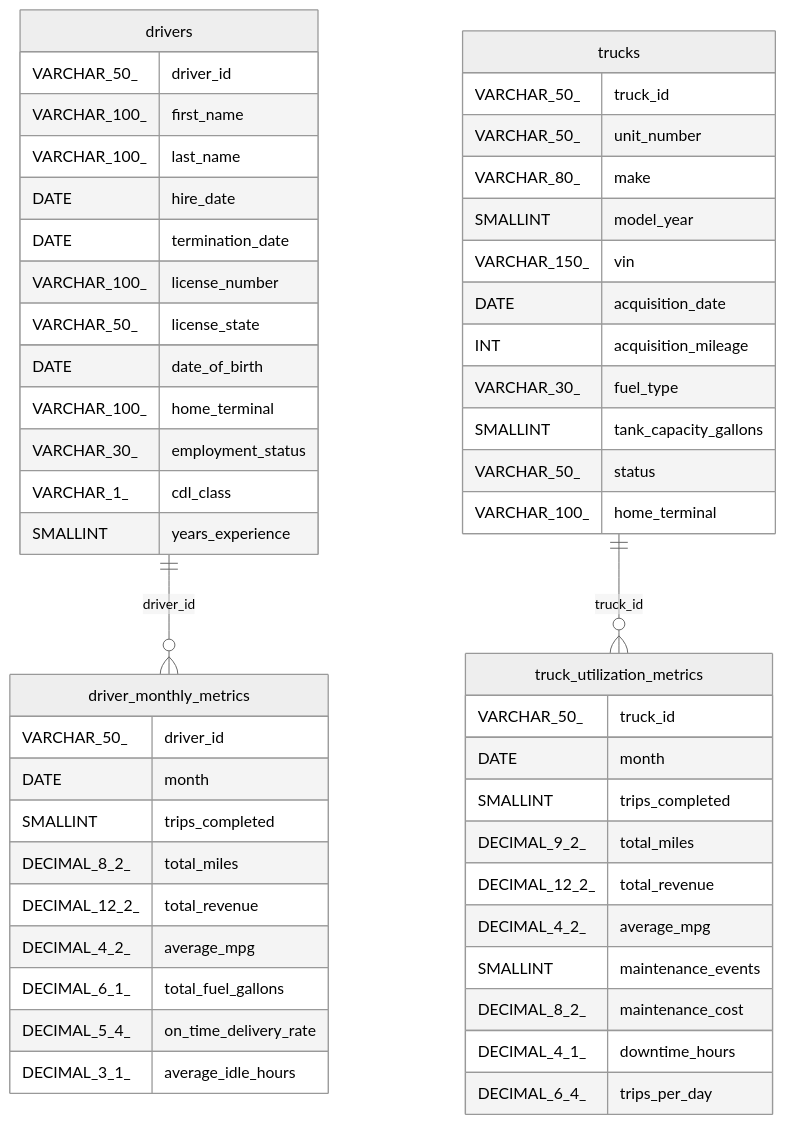
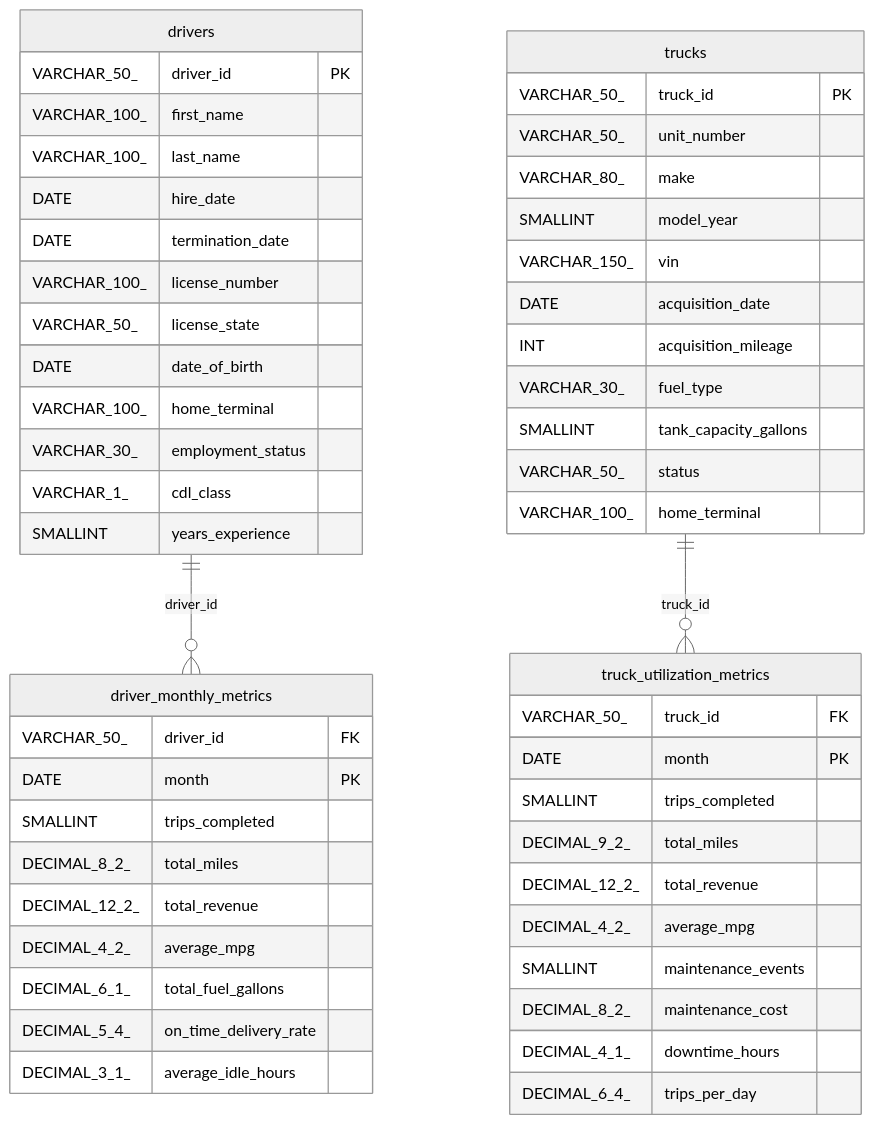
One commit to hamzaa-rehman/logistics-analytics-data-warehouse changed the diagram in docs/diagrams/silver_erd_monthly_metrics.md. Above: the diagram before and after it, drawn with Mermaid (neutral theme). The commit also changed other lines of this file, not shown here.

Commit message:
docs: correct Silver ERD key annotations

````diff
--- a/docs/diagrams/silver_erd_monthly_metrics.md
+++ b/docs/diagrams/silver_erd_monthly_metrics.md
@@ -9,55 +9,55 @@
 ```mermaid
 erDiagram
     drivers {
-        VARCHAR_50_ driver_id
+        VARCHAR_50_ driver_id PK
         VARCHAR_100_ first_name
         VARCHAR_100_ last_name
         DATE hire_date
         DATE termination_date
         VARCHAR_100_ license_number
         VARCHAR_50_ license_state
         DATE date_of_birth
         VARCHAR_100_ home_terminal
         VARCHAR_30_ employment_status
         VARCHAR_1_ cdl_class
         SMALLINT years_experience
     }
     driver_monthly_metrics {
-        VARCHAR_50_ driver_id
-        DATE month
+        VARCHAR_50_ driver_id FK
+        DATE month PK
         SMALLINT trips_completed
         DECIMAL_8_2_ total_miles
         DECIMAL_12_2_ total_revenue
         DECIMAL_4_2_ average_mpg
         DECIMAL_6_1_ total_fuel_gallons
         DECIMAL_5_4_ on_time_delivery_rate
         DECIMAL_3_1_ average_idle_hours
     }
     trucks {
-        VARCHAR_50_ truck_id
+        VARCHAR_50_ truck_id PK
         VARCHAR_50_ unit_number
         VARCHAR_80_ make
         SMALLINT model_year
         VARCHAR_150_ vin
         DATE acquisition_date
         INT acquisition_mileage
         VARCHAR_30_ fuel_type
         SMALLINT tank_capacity_gallons
         VARCHAR_50_ status
         VARCHAR_100_ home_terminal
     }
     truck_utilization_metrics {
-        VARCHAR_50_ truck_id
-        DATE month
+        VARCHAR_50_ truck_id FK
+        DATE month PK
         SMALLINT trips_completed
         DECIMAL_9_2_ total_miles
         DECIMAL_12_2_ total_revenue
         DECIMAL_4_2_ average_mpg
         SMALLINT maintenance_events
         DECIMAL_8_2_ maintenance_cost
         DECIMAL_4_1_ downtime_hours
         DECIMAL_6_4_ trips_per_day
     }
     drivers ||--o{ driver_monthly_metrics : "driver_id"
     trucks ||--o{ truck_utilization_metrics : "truck_id"
 ```
````
